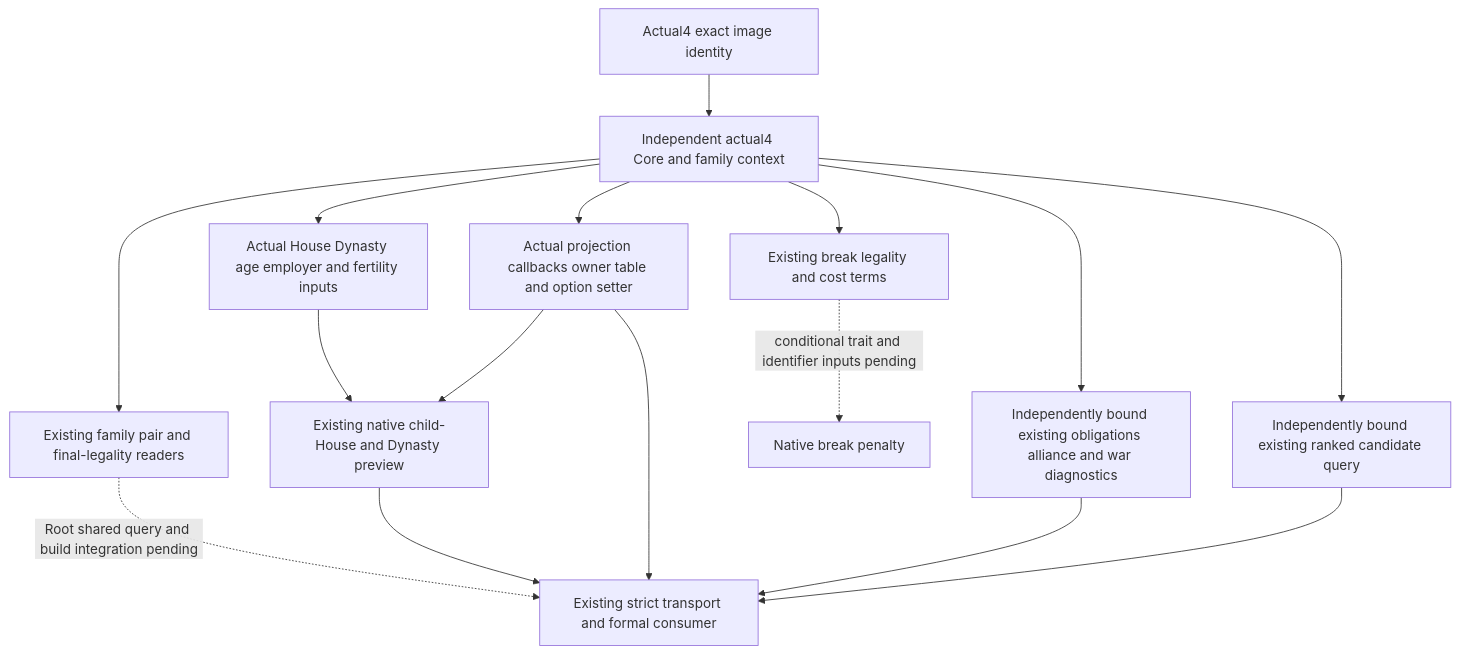
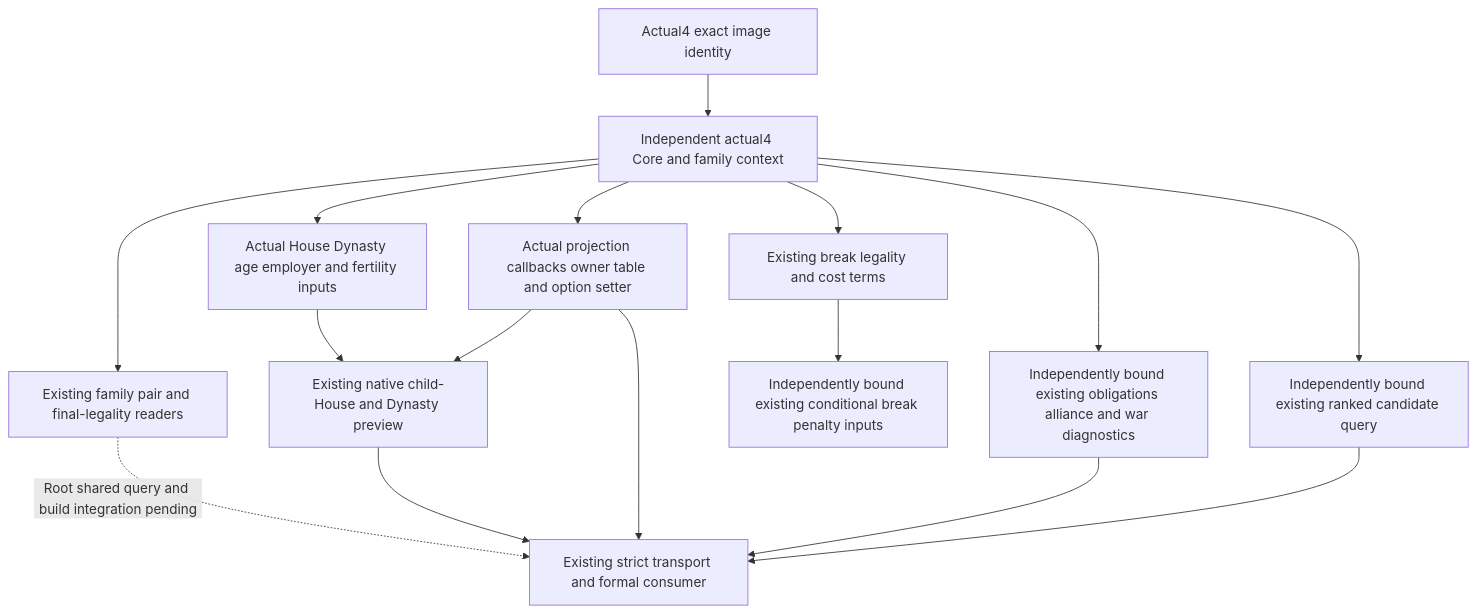
Before and after one commit to XenoAmess/ck3_eternal_recurrence: the diagram in docs/ck3-native-ai/family-bindings-12004.md, drawn with Mermaid. The commit also changed other lines of this file and 3 other files, not shown here.

Commit message:
Bind adopted betrothal break inputs to CK3 1.20.0.4

````diff
--- a/docs/ck3-native-ai/family-bindings-12004.md
+++ b/docs/ck3-native-ai/family-bindings-12004.md
@@ -23,18 +27,18 @@
 ```mermaid
 flowchart TD
   I[Actual4 exact image identity] --> C[Independent actual4 Core and family context]
   C --> F[Existing family pair and final-legality readers]
   C --> V[Actual House Dynasty age employer and fertility inputs]
   C --> P[Actual projection callbacks owner table and option setter]
   V --> L[Existing native child-House and Dynasty preview]
   P --> L
   C --> B[Existing break legality and cost terms]
-  B -. conditional trait and identifier inputs pending .-> BP[Native break penalty]
+  B --> BP[Independently bound existing conditional break penalty inputs]
   F -. Root shared query and build integration pending .-> O[Existing strict transport and formal consumer]
   L --> O
   P --> O
   C --> A[Independently bound existing obligations alliance and war diagnostics]
   A --> O
   C --> R[Independently bound existing ranked candidate query]
   R --> O
 ```
````
